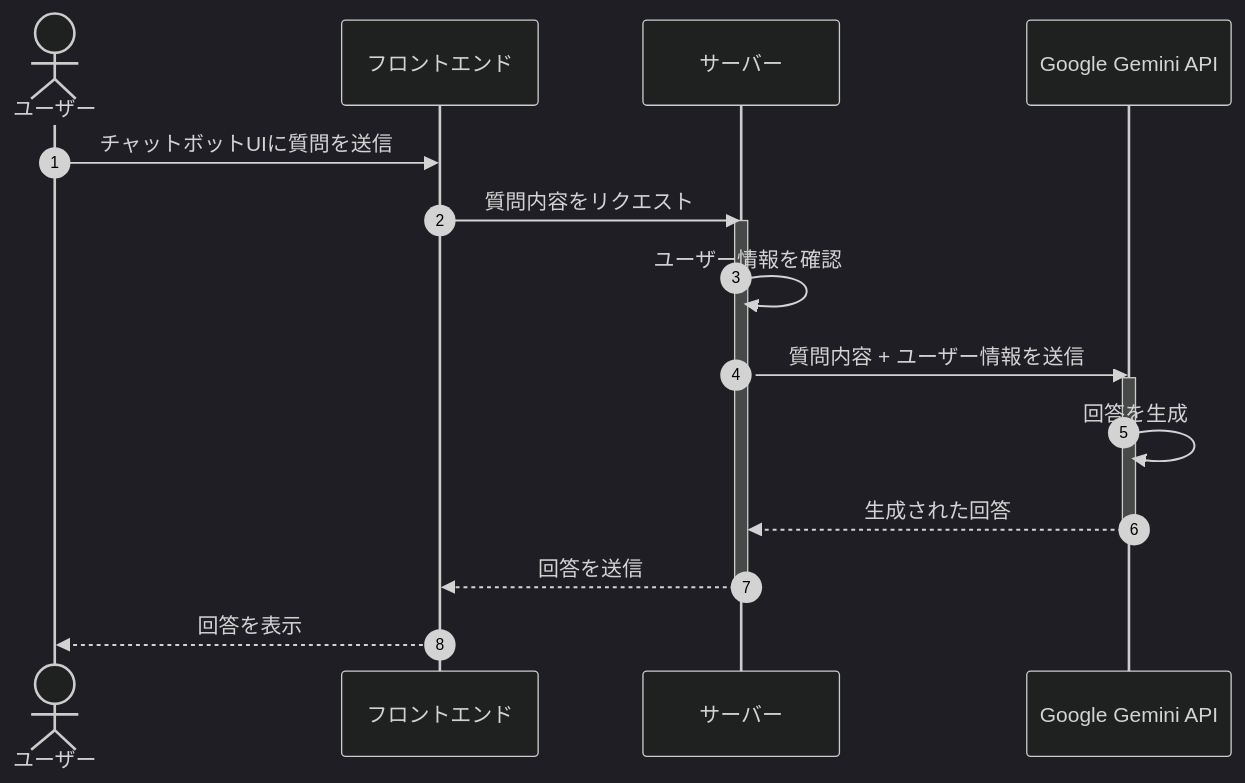
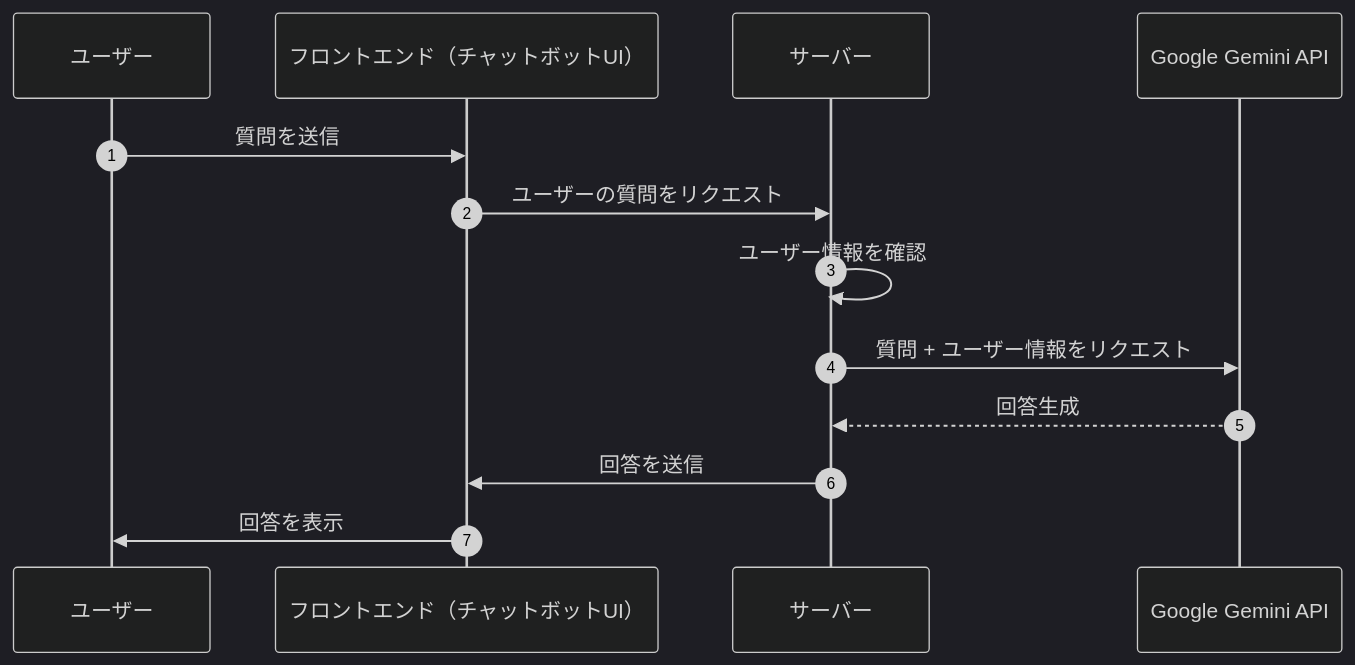
Diagram 11 of 13 in docs/sequence-diagrams.md (sc-hosokawa/frienda), drawn with Mermaid (dark theme) before and after one commit. The commit also changed other lines of this file, not shown here.

First line of the commit message:
docs: Notion図に合わせてシーケンス図を修正し景品交換フローを追加

````diff
--- a/docs/sequence-diagrams.md
+++ b/docs/sequence-diagrams.md
@@ -486,25 +450,17 @@
 ```mermaid
 sequenceDiagram
     autonumber
 
-    actor User as ユーザー
-    participant Frontend as フロントエンド
+    participant User as ユーザー
+    participant Frontend as フロントエンド（チャットボットUI）
     participant Server as サーバー
-    participant Gemini as Google Gemini API
+    participant LLM as Google Gemini API
 
-    User->>Frontend: チャットボットUIに質問を送信
-    Frontend->>Server: 質問内容をリクエスト
-    activate Server
-
-    Server->>Server: ユーザー情報を確認
-
-    Server->>Gemini: 質問内容 + ユーザー情報を送信
-    activate Gemini
-    Gemini->>Gemini: 回答を生成
-    Gemini-->>Server: 生成された回答
-    deactivate Gemini
-
-    Server-->>Frontend: 回答を送信
-    deactivate Server
-    Frontend-->>User: 回答を表示
+    User ->> Frontend: 質問を送信
+    Frontend ->> Server: ユーザーの質問をリクエスト
+    Server ->> Server: ユーザー情報を確認
+    Server ->> LLM: 質問 + ユーザー情報をリクエスト
+    LLM -->> Server: 回答生成
+    Server ->> Frontend: 回答を送信
+    Frontend ->> User: 回答を表示
 ```
````
